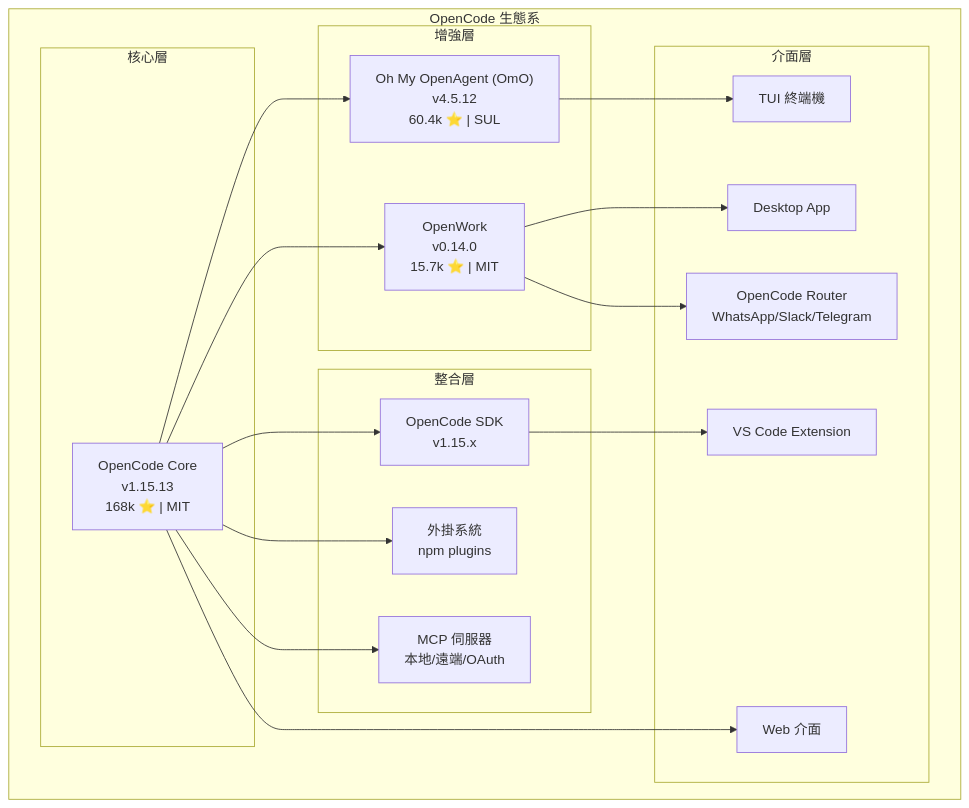
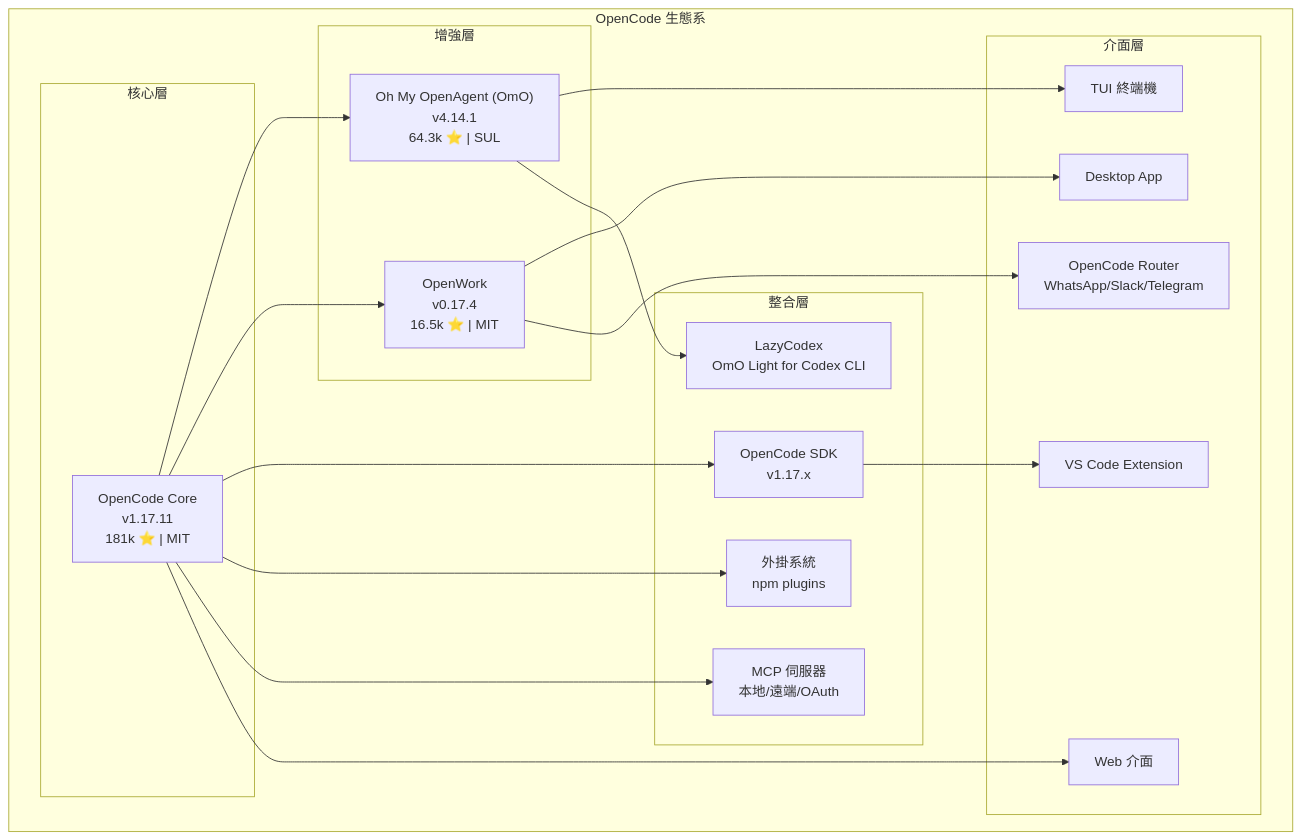
Before and after one commit to chihhung/Blog: the first of 51 diagrams in content/posts/教學/AI開發/opencode生態系教學手冊.md, drawn with Mermaid. The commit also changed other lines of this file and 22 other files, not shown here.

````diff
--- a/content/posts/教學/AI開發/opencode生態系教學手冊.md
+++ b/content/posts/教學/AI開發/opencode生態系教學手冊.md
@@ -281,39 +284,41 @@
 ```mermaid
 graph TB
     subgraph "OpenCode 生態系"
         subgraph "核心層"
-            OC["OpenCode Core<br/>v1.15.13<br/>168k ⭐ | MIT"]
+            OC["OpenCode Core<br/>v1.17.11<br/>181k ⭐ | MIT"]
         end
 
         subgraph "增強層"
-            OmO["Oh My OpenAgent (OmO)<br/>v4.5.12<br/>60.4k ⭐ | SUL"]
-            OW["OpenWork<br/>v0.14.0<br/>15.7k ⭐ | MIT"]
+            OmO["Oh My OpenAgent (OmO)<br/>v4.14.1<br/>64.3k ⭐ | SUL"]
+            OW["OpenWork<br/>v0.17.4<br/>16.5k ⭐ | MIT"]
         end
 
         subgraph "整合層"
-            SDK["OpenCode SDK<br/>v1.15.x"]
+            SDK["OpenCode SDK<br/>v1.17.x"]
             Plugin["外掛系統<br/>npm plugins"]
             MCP["MCP 伺服器<br/>本地/遠端/OAuth"]
+            LazyCodex["LazyCodex<br/>OmO Light for Codex CLI"]
         end
 
         subgraph "介面層"
             TUI["TUI 終端機"]
             Desktop["Desktop App"]
             IDE["VS Code Extension"]
             Web["Web 介面"]
             Router["OpenCode Router<br/>WhatsApp/Slack/Telegram"]
         end
     end
 
     OC --> OmO
     OC --> OW
     OC --> SDK
     OC --> Plugin
     OC --> MCP
 
     OmO --> TUI
+    OmO --> LazyCodex
     OW --> Desktop
     SDK --> IDE
     OC --> Web
     OW --> Router
 ```
````
